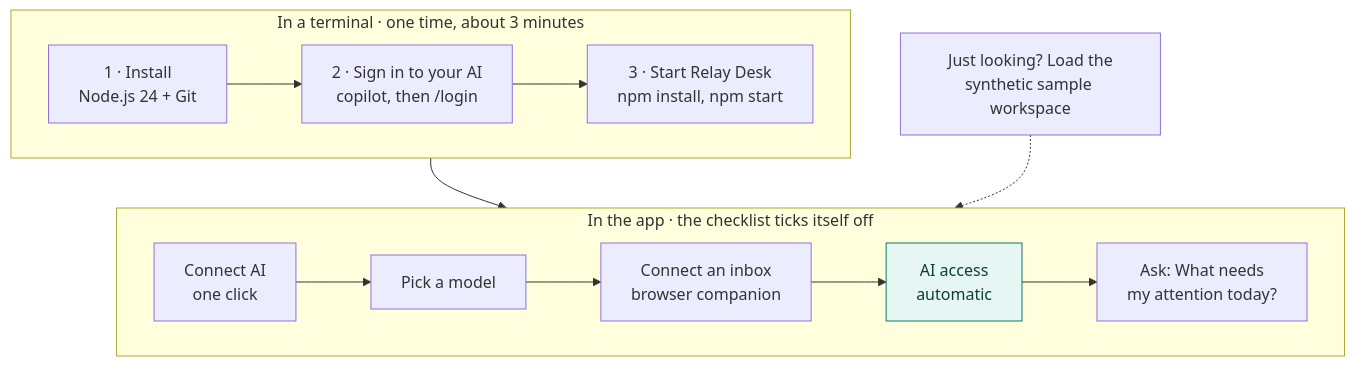
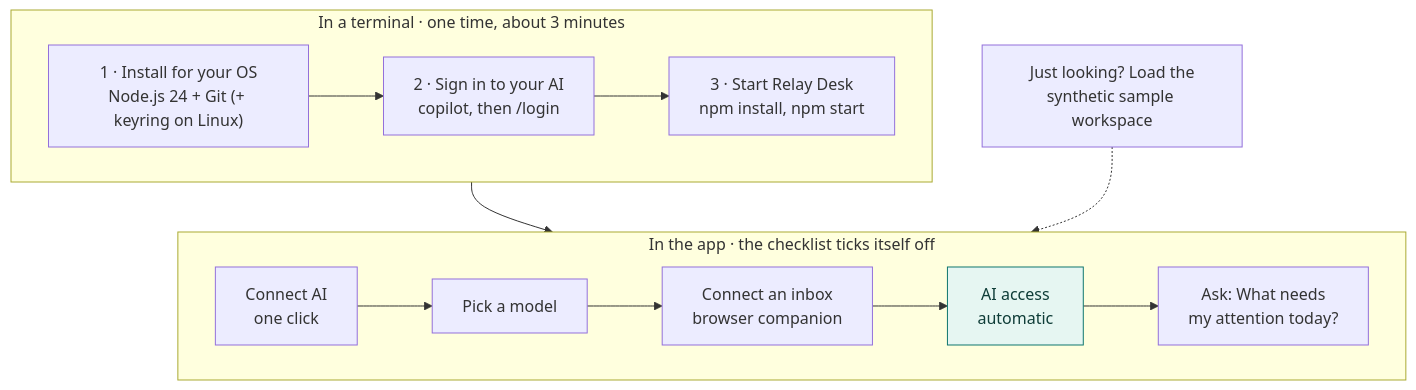
The first of 2 diagrams in README.md (Ai4Innov/relaydesk), drawn with Mermaid before and after one commit. The commit also changed other lines of this file and 1 other file, not shown here.

Commit message:
README: per-OS prerequisite steps for Windows, macOS and Linux

````diff
--- a/README.md
+++ b/README.md
@@ -25,15 +25,15 @@
 ```mermaid
 flowchart TB
     subgraph T["In a terminal · one time, about 3 minutes"]
         direction LR
-        A["1 · Install<br/>Node.js 24 + Git"] --> B["2 · Sign in to your AI<br/>copilot, then /login"] --> C["3 · Start Relay Desk<br/>npm install, npm start"]
+        A["1 · Install for your OS<br/>Node.js 24 + Git (+ keyring on Linux)"] --> B["2 · Sign in to your AI<br/>copilot, then /login"] --> C["3 · Start Relay Desk<br/>npm install, npm start"]
     end
     subgraph P["In the app · the checklist ticks itself off"]
         direction LR
         E["Connect AI<br/>one click"] --> F["Pick a model"] --> G["Connect an inbox<br/>browser companion"] --> H["AI access<br/>automatic"] --> I["Ask: What needs<br/>my attention today?"]
     end
     T --> P
     S["Just looking? Load the<br/>synthetic sample workspace"] -.-> P
     classDef auto fill:#e6f6f2,stroke:#0f766e,color:#0f3d38;
     class H auto;
 ```
````
